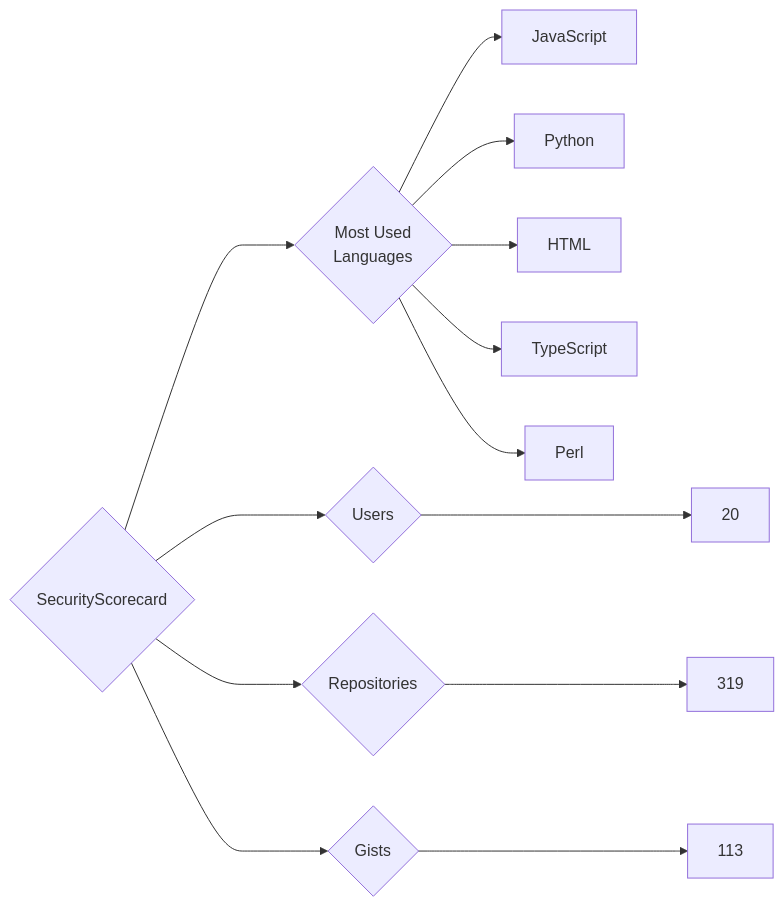
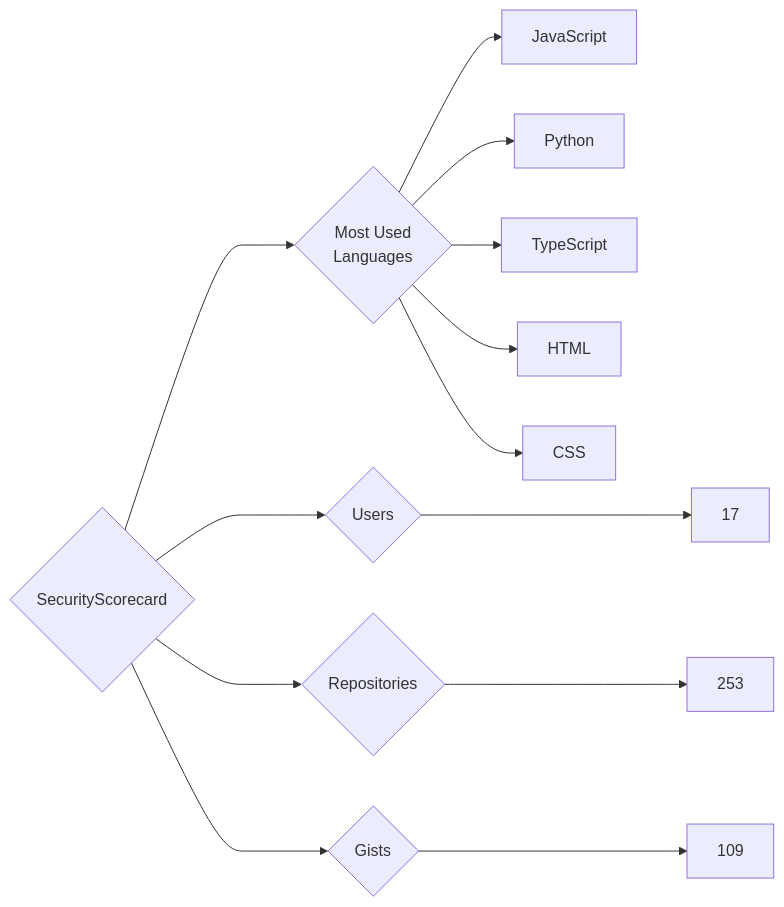
One commit to trickest/insiders changed the diagram in targets/SecurityScorecard/README.md. Above: the diagram before and after it, drawn with Mermaid. The commit also changed 912 other files, not shown here.

````diff
--- a/targets/SecurityScorecard/README.md
+++ b/targets/SecurityScorecard/README.md
@@ -3,13 +3,13 @@
 ```mermaid
 graph LR
 COMPANY_NAME{SecurityScorecard}
-COMPANY_NAME ---> U{Users} ---> UN[20]
-COMPANY_NAME ---> R{Repositories} ---> RN[319]
-COMPANY_NAME ---> G{Gists} ---> GN[113]
+COMPANY_NAME ---> U{Users} ---> UN[17]
+COMPANY_NAME ---> R{Repositories} ---> RN[253]
+COMPANY_NAME ---> G{Gists} ---> GN[109]
 COMPANY_NAME ---> ML{Most Used<br>Languages}
 ML --> JavaScript[JavaScript]
 ML --> Python[Python]
+ML --> TypeScript[TypeScript]
 ML --> HTML[HTML]
-ML --> TypeScript[TypeScript]
-ML --> Perl[Perl]
+ML --> CSS[CSS]
 ```
````
